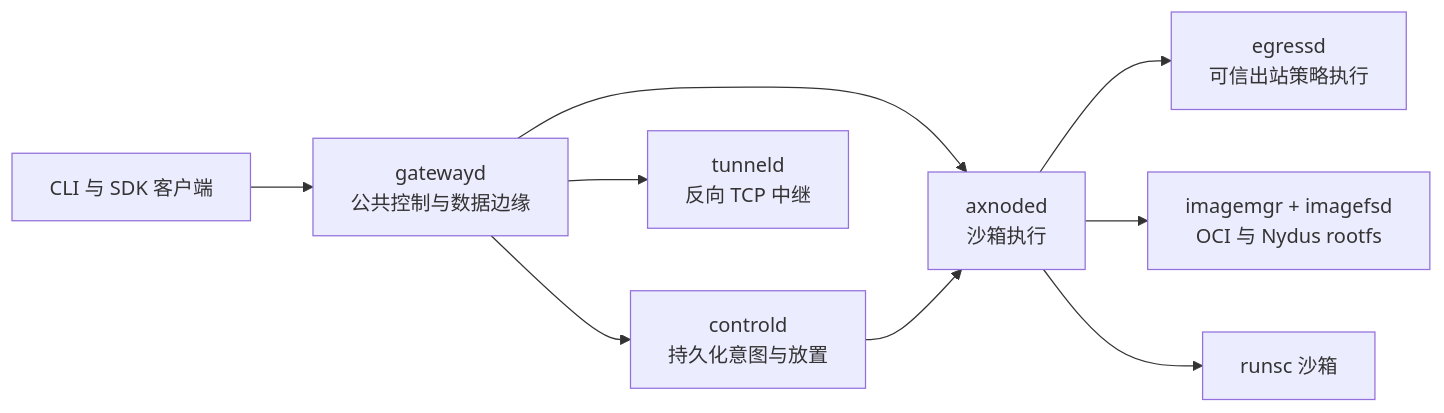
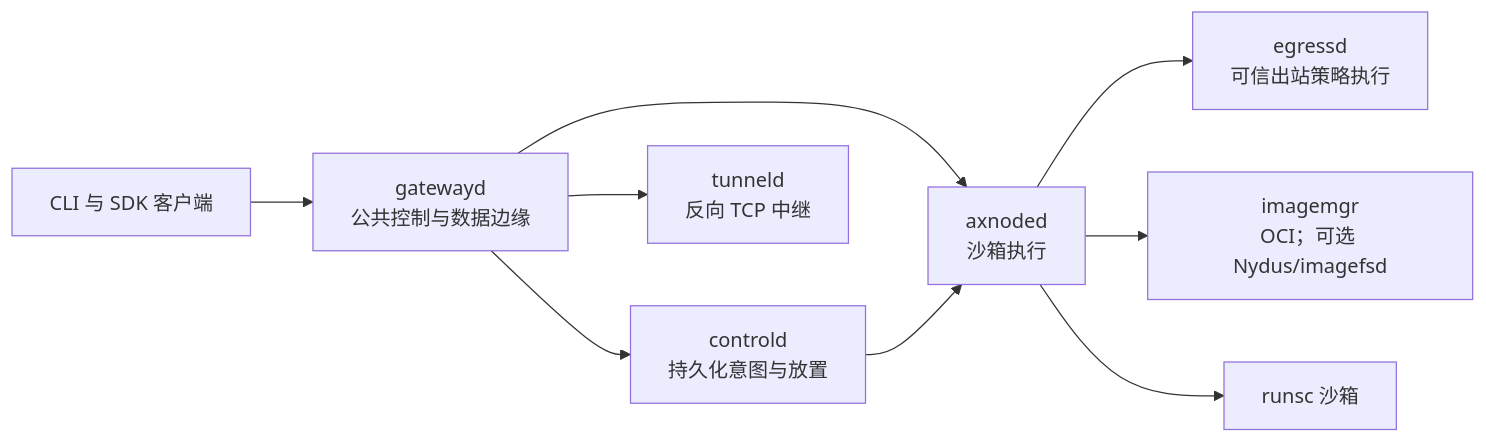
The diagram in README.zh-CN.md (cofy-x/axern), drawn with Mermaid before and after one commit. The commit also changed other lines of this file and 6 other files, not shown here.

````diff
--- a/README.zh-CN.md
+++ b/README.zh-CN.md
@@ -90,11 +99,11 @@
 ```mermaid
 flowchart LR
     Client["CLI 与 SDK 客户端"] --> Gateway["gatewayd\n公共控制与数据边缘"]
     Gateway --> Control["controld\n持久化意图与放置"]
     Gateway --> Tunnel["tunneld\n反向 TCP 中继"]
     Gateway --> Node["axnoded\n沙箱执行"]
     Control --> Node
     Node --> Egress["egressd\n可信出站策略执行"]
-    Node --> Image["imagemgr + imagefsd\nOCI 与 Nydus rootfs"]
+    Node --> Image["imagemgr\nOCI；可选 Nydus/imagefsd"]
     Node --> Runtime["runsc 沙箱"]
 ```
````
